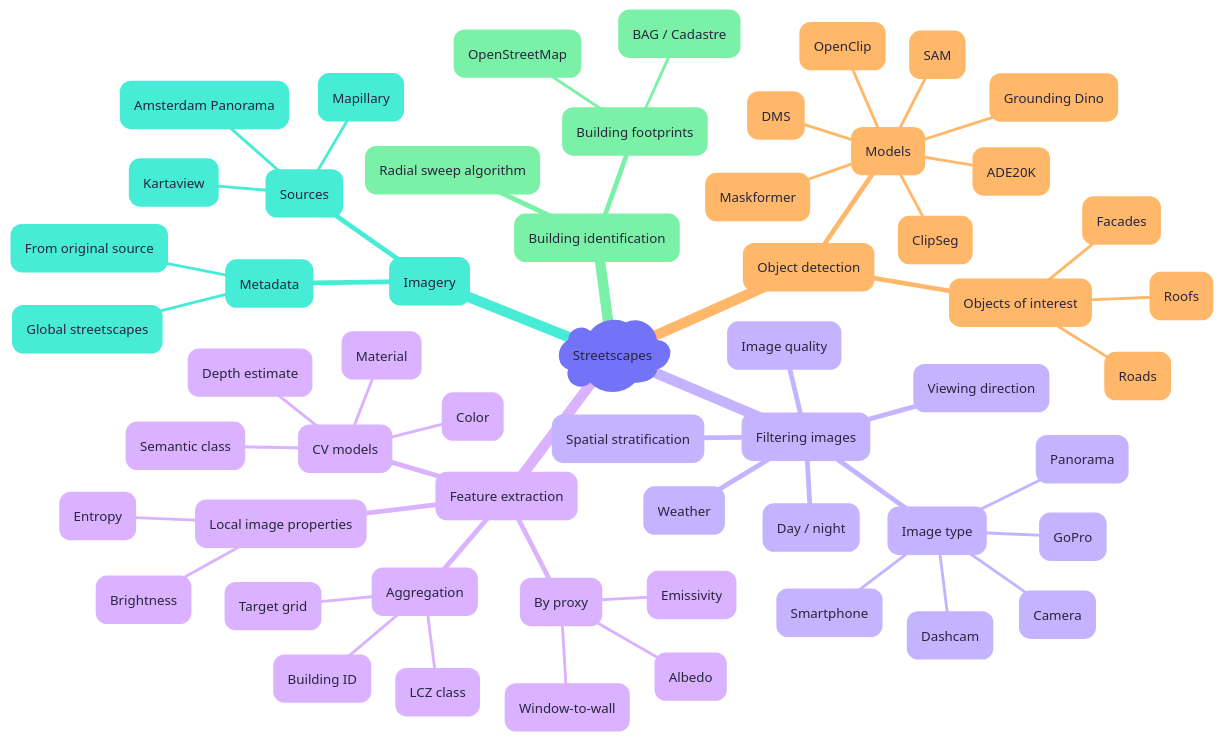
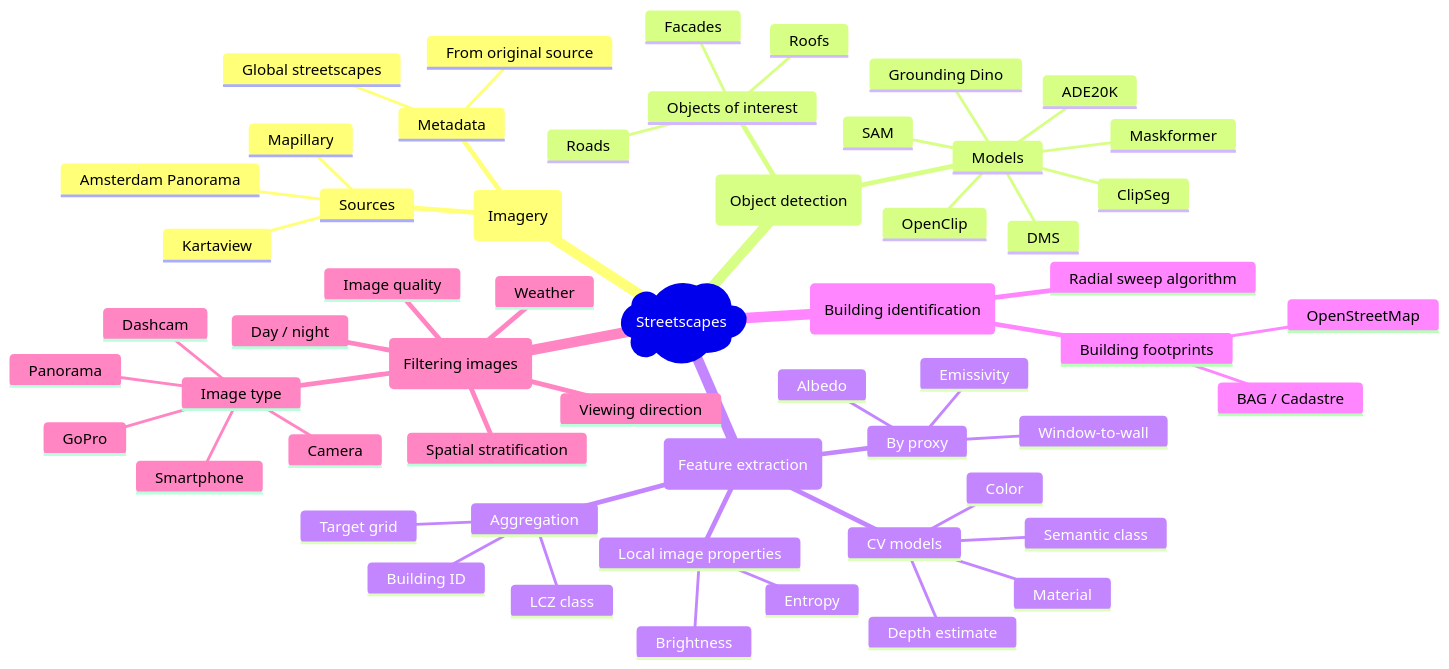
Before and after one commit to Urban-M4/streetscapes: the diagram in README.md, drawn with Mermaid. The commit also changed other lines of this file, not shown here.

````diff
--- a/README.md
+++ b/README.md
@@ -6,68 +10,59 @@
 ```mermaid
----
-config:
-  theme: redux-color
----
 mindmap
   root)Streetscapes(
     (Imagery)
-    ::icon(fa fa-image)
       Sources
         Mapillary
         Kartaview
         Amsterdam Panorama
       Metadata
         From original source
         Global streetscapes
     (Object detection)
-    ::icon(fa fa-magnifying-glass)
       Models
         Maskformer
         Grounding Dino
         SAM
         DMS
         ADE20K
         ClipSeg
         OpenClip
       Objects of interest
         Facades
         Roofs
         Roads
     (Feature extraction)
-    ::icon(fa fa-circle-check)
       By proxy
         Albedo
         Emissivity
         Window-to-wall
       CV models
         Material
         Color
         Depth estimate
         Semantic class
       Local image properties
         Brightness
         Entropy
       Aggregation
         Building ID
         LCZ class
         Target grid
     (Building identification)
-    ::icon(fa fa-building-circle-check)
       Building footprints
         BAG / Cadastre
         OpenStreetMap
       Radial sweep algorithm
     (Filtering images)
-    ::icon(fa fa-filter)
         Spatial stratification
         Image quality
         Day / night
         Weather
         Image type
             Panorama
             Dashcam
             GoPro
             Smartphone
             Camera
         Viewing direction
 ```
````
